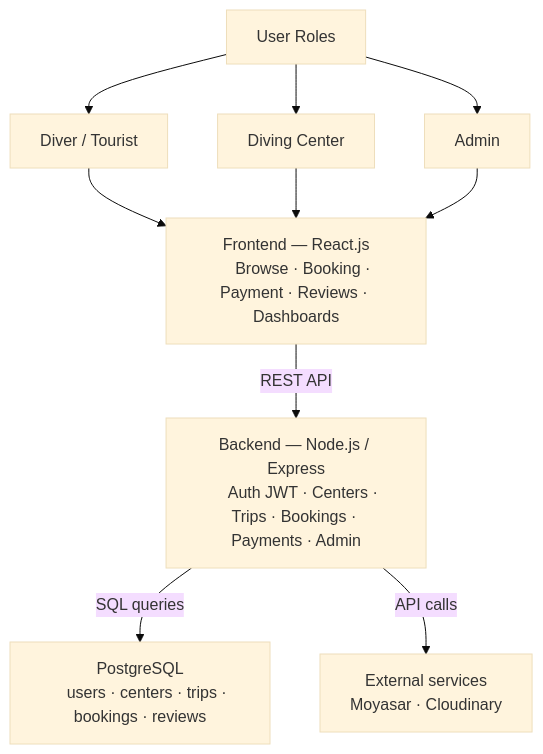
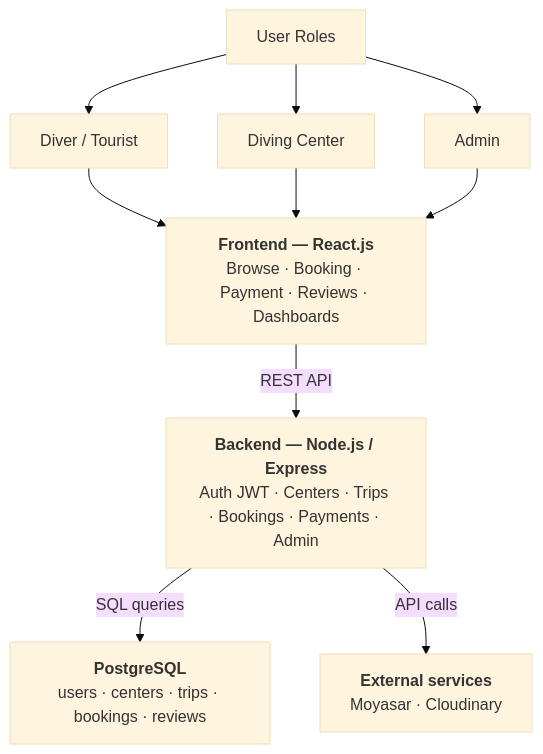
The first of 6 diagrams in stage3/README.md (laradreamer79/Portfolio-Project), drawn with Mermaid (base theme) before and after one commit.

Commit message:
style: use br tags for two-line mermaid boxes

````diff
--- a/stage3/README.md
+++ b/stage3/README.md
@@ -81,29 +81,25 @@
 ```mermaid
 flowchart TB
     Roles[User Roles]
 
     Roles --> actor1[Diver / Tourist]
     Roles --> actor2[Diving Center]
     Roles --> actor3[Admin]
 
     actor1 --> FE
     actor2 --> FE
     actor3 --> FE
 
-    FE["Frontend — React.js
-    Browse · Booking · Payment · Reviews · Dashboards"]
+    FE["<b>Frontend — React.js</b><br/>Browse · Booking · Payment · Reviews · Dashboards"]
 
     FE -->|REST API| BE
 
-    BE["Backend — Node.js / Express
-    Auth JWT · Centers · Trips · Bookings · Payments · Admin"]
+    BE["<b>Backend — Node.js / Express</b><br/>Auth JWT · Centers · Trips · Bookings · Payments · Admin"]
 
     BE -->|SQL queries| DB
     BE -->|API calls| EXT
 
-    DB["PostgreSQL
-    users · centers · trips · bookings · reviews"]
+    DB["<b>PostgreSQL</b><br/>users · centers · trips · bookings · reviews"]
 
-    EXT["External services
-    Moyasar · Cloudinary"]
+    EXT["<b>External services</b><br/>Moyasar · Cloudinary"]
 ```
````
